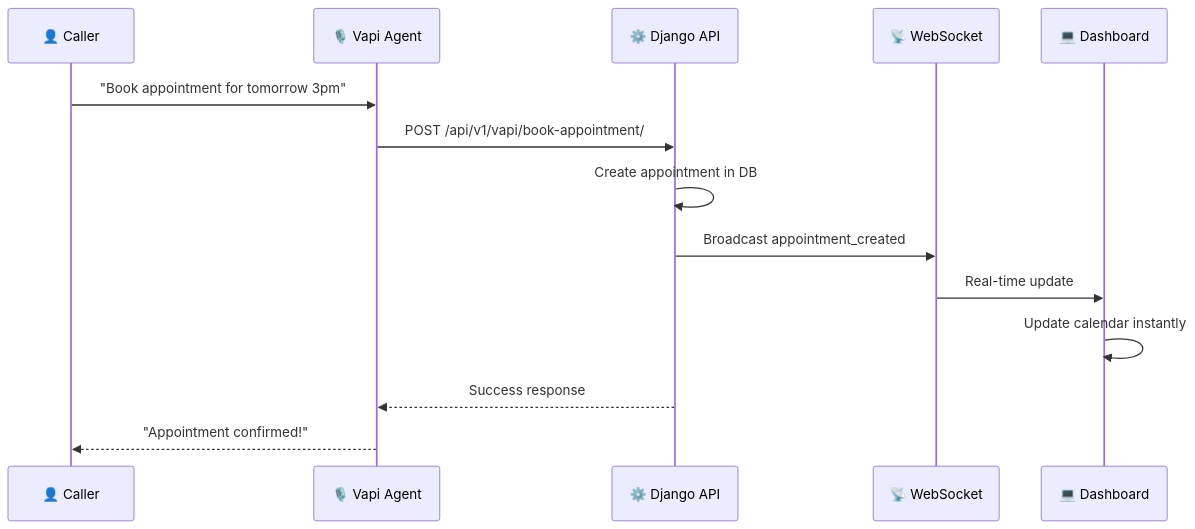
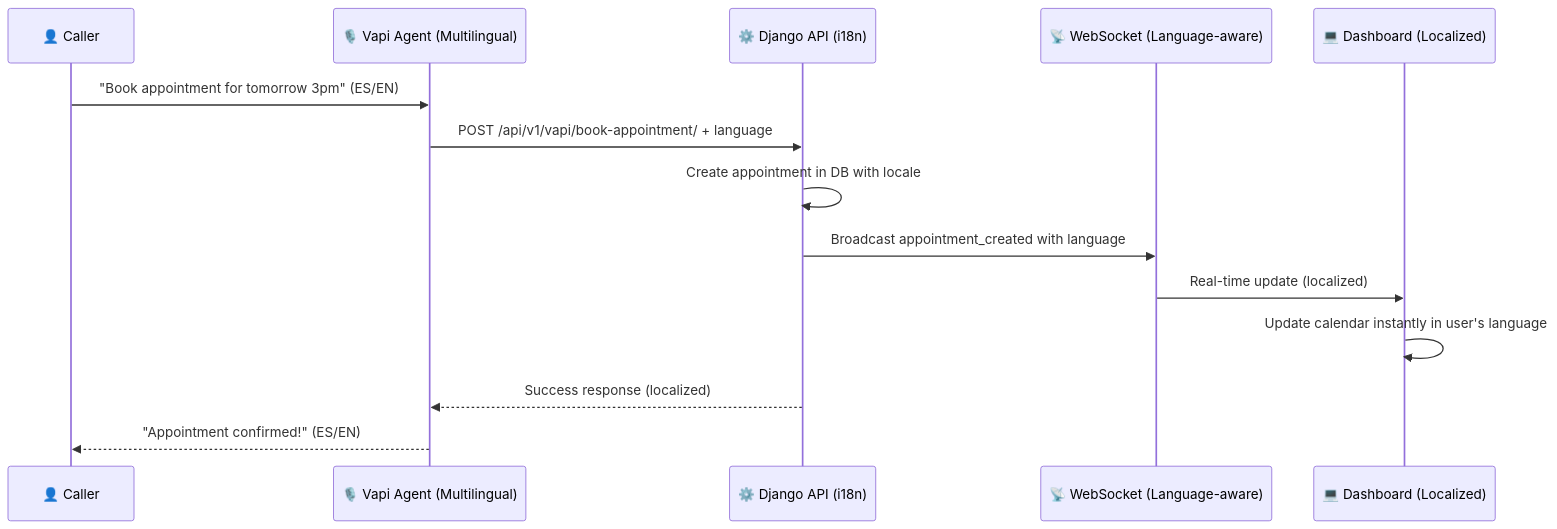
Before and after one commit to D-evTailor/Voiced: the diagram in Architecture and Worflow Docs/PROJECT_ARCHITECTURE.md, drawn with Mermaid. The commit also changed other lines of this file and 6 other files, not shown here.

````diff
--- a/Architecture and Worflow Docs/PROJECT_ARCHITECTURE.md
+++ b/Architecture and Worflow Docs/PROJECT_ARCHITECTURE.md
@@ -906,17 +1060,17 @@
 ```mermaid
 sequenceDiagram
     participant User as 👤 Caller
-    participant Vapi as 🎙️ Vapi Agent
-    participant Backend as ⚙️ Django API
-    participant WS as 📡 WebSocket
-    participant Frontend as 💻 Dashboard
+    participant Vapi as 🎙️ Vapi Agent (Multilingual)
+    participant Backend as ⚙️ Django API (i18n)
+    participant WS as 📡 WebSocket (Language-aware)
+    participant Frontend as 💻 Dashboard (Localized)
 
-    User->>Vapi: "Book appointment for tomorrow 3pm"
-    Vapi->>Backend: POST /api/v1/vapi/book-appointment/
-    Backend->>Backend: Create appointment in DB
-    Backend->>WS: Broadcast appointment_created
-    WS->>Frontend: Real-time update
-    Frontend->>Frontend: Update calendar instantly
-    Backend-->>Vapi: Success response
-    Vapi-->>User: "Appointment confirmed!"
+    User->>Vapi: "Book appointment for tomorrow 3pm" (ES/EN)
+    Vapi->>Backend: POST /api/v1/vapi/book-appointment/ + language
+    Backend->>Backend: Create appointment in DB with locale
+    Backend->>WS: Broadcast appointment_created with language
+    WS->>Frontend: Real-time update (localized)
+    Frontend->>Frontend: Update calendar instantly in user's language
+    Backend-->>Vapi: Success response (localized)
+    Vapi-->>User: "Appointment confirmed!" (ES/EN)
 ```
````
